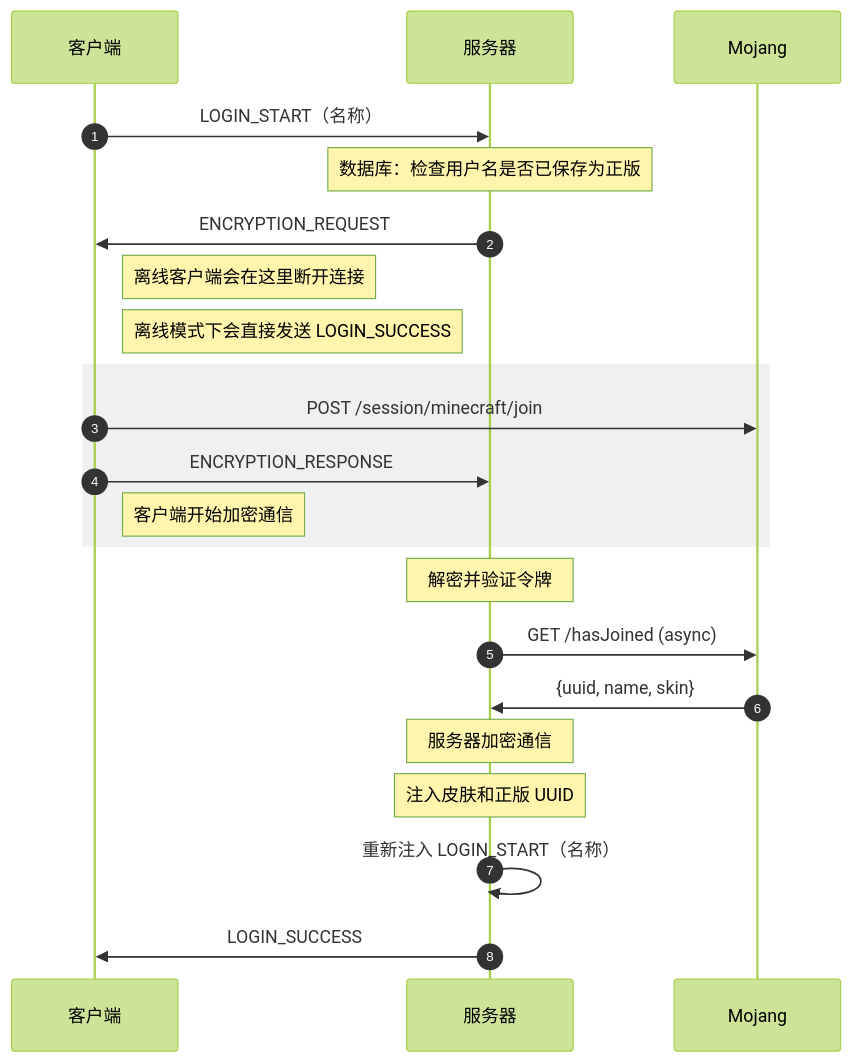
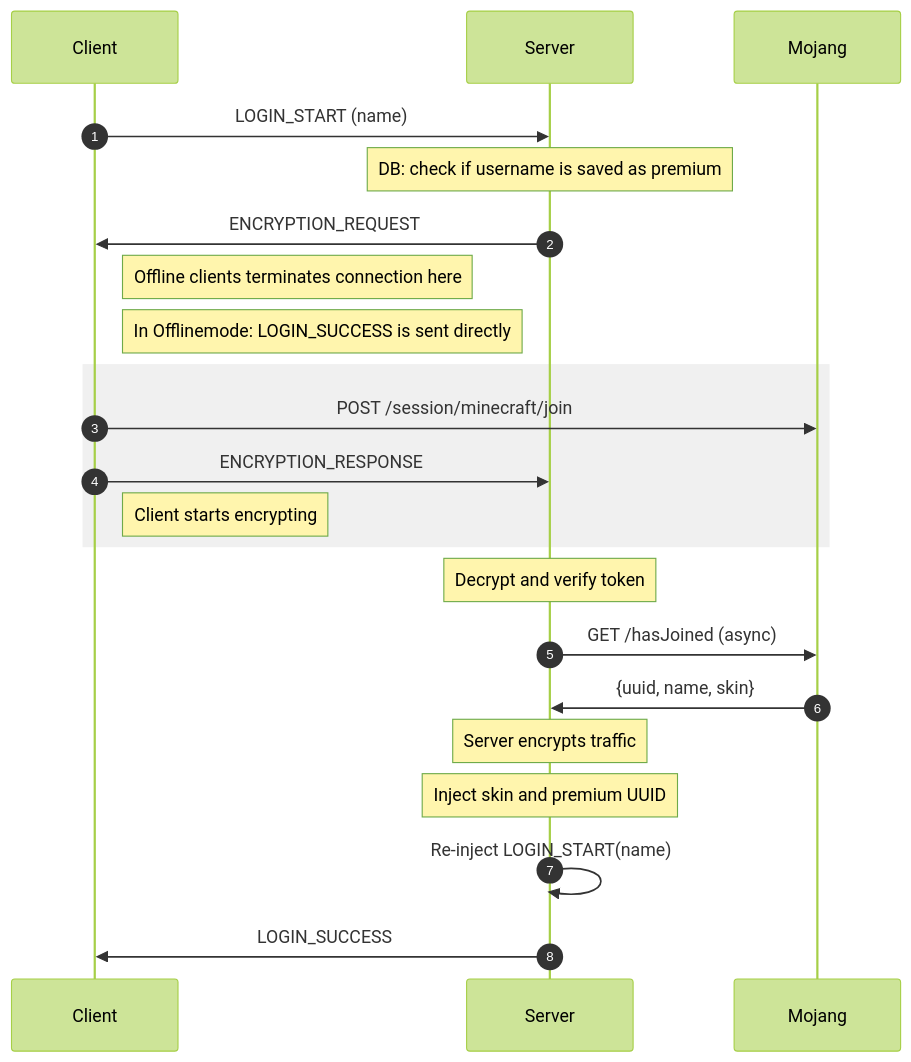
Before and after one commit to Chenyu550/FastLogin: the diagram in README.md, drawn with Mermaid (forest theme). The commit also changed other lines of this file and 2 other files, not shown here.

Commit message:
[CI-SKIP] Add technical diagrams

````diff
--- a/README.md
+++ b/README.md
@@ -36,29 +41,29 @@
 ```mermaid
 sequenceDiagram
     autonumber
-    participant C as 客户端
-    participant S as 服务器
+    participant C as Client
+    participant S as Server
     participant M as Mojang
 
-    C->>S: LOGIN_START（名称）
-    Note over S: 数据库：检查用户名是否已保存为正版
+    C->>S: LOGIN_START (name)
+    Note over S: DB: check if username is saved as premium
     S->>C: ENCRYPTION_REQUEST
-    Note right of C: 离线客户端会在这里断开连接
-    Note right of C: 离线模式下会直接发送 LOGIN_SUCCESS
+    Note right of C: Offline clients terminates connection here
+    Note right of C: In Offlinemode: LOGIN_SUCCESS is sent directly
 
     rect rgb(240, 240, 240)
         C->>M: POST /session/minecraft/join
         C->>S: ENCRYPTION_RESPONSE
-        Note right of C: 客户端开始加密通信
+        Note right of C: Client starts encrypting
     end
 
-    Note over S: 解密并验证令牌
+    Note over S: Decrypt and verify token
     S->>M: GET /hasJoined (async)
     M->>S: {uuid, name, skin}
 
-    Note over S: 服务器加密通信
-    Note over S: 注入皮肤和正版 UUID
-    S->>S: 重新注入 LOGIN_START（名称）
+    Note over S: Server encrypts traffic
+    Note over S: Inject skin and premium UUID
+    S->>S: Re-inject LOGIN_START(name)
 
     S->>C: LOGIN_SUCCESS
 ```
````
